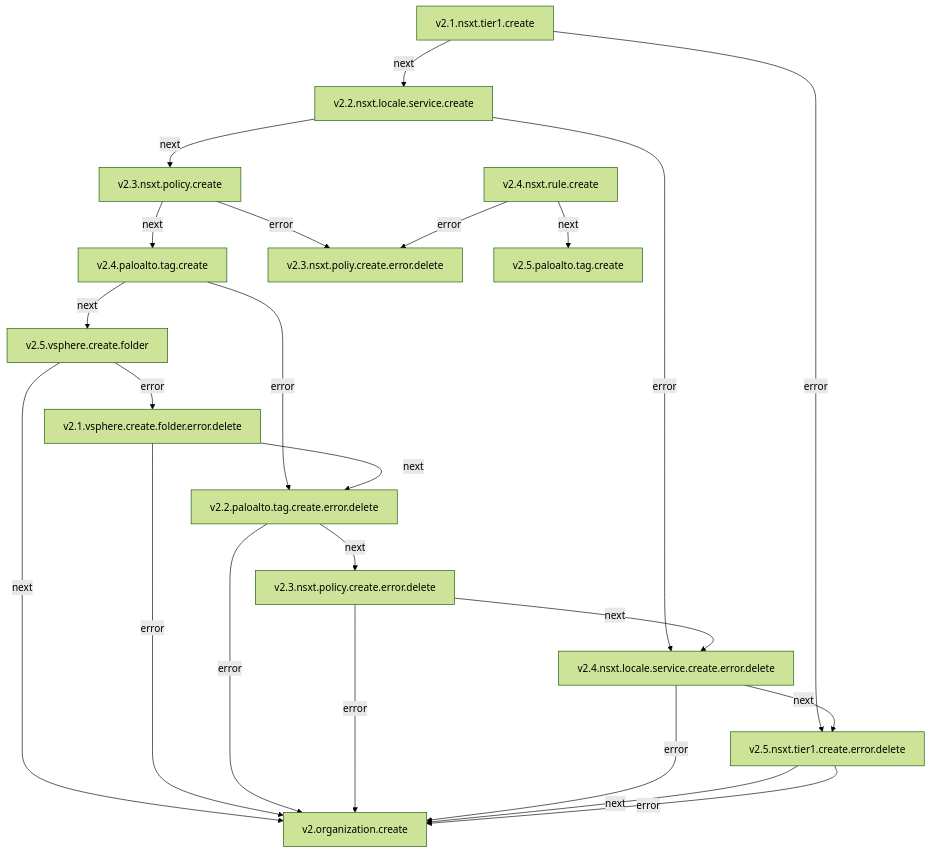
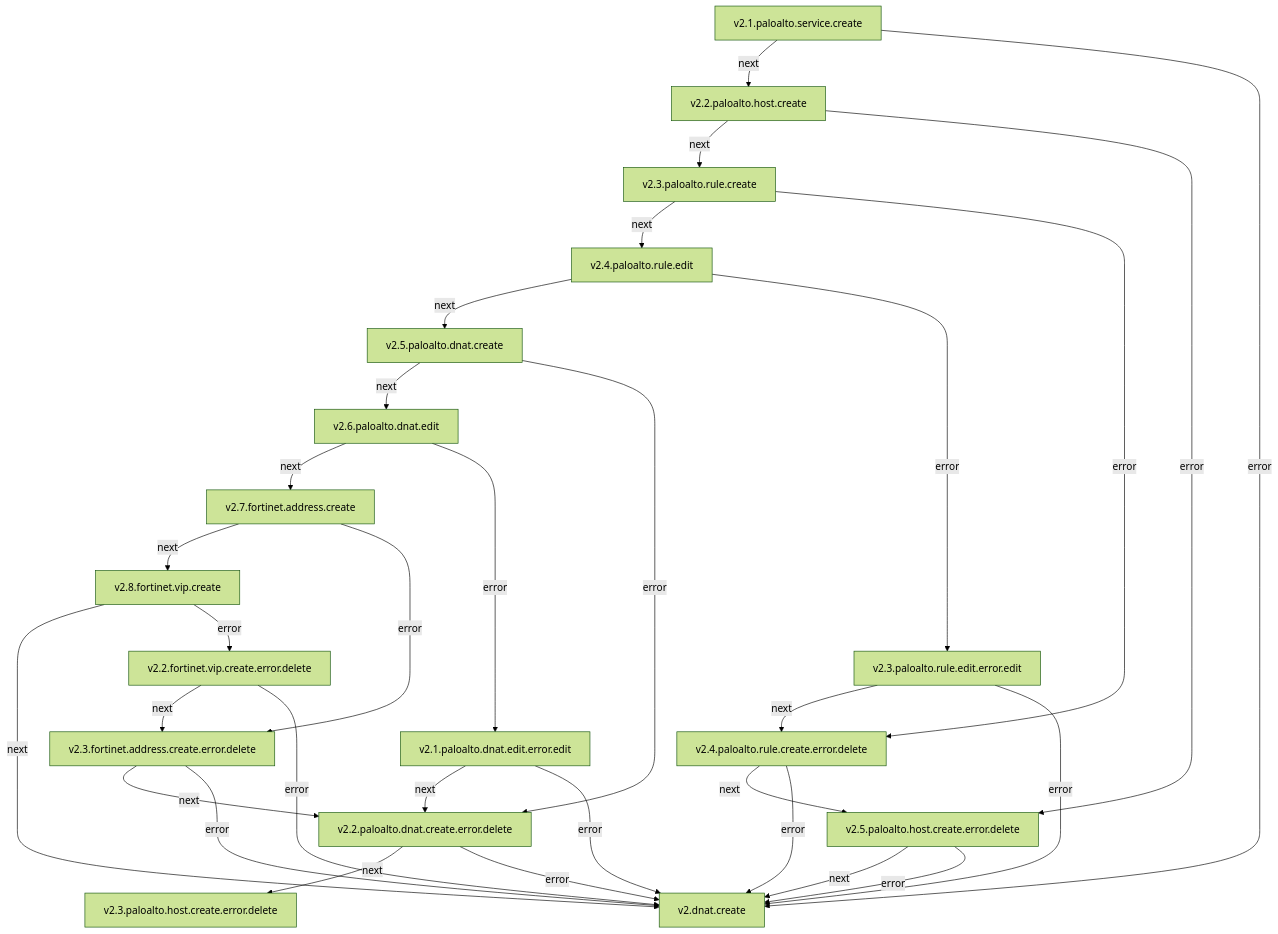
One commit to totvs-cloud/fortigate-fisico-iaas changed the first of 3 diagrams in DNAT.md. Above: the diagram before and after it, drawn with Mermaid (forest theme). The commit also changed other lines of this file and 1 other file, not shown here.

Commit message:
rename TAGs.md to DNAT.md and UNAT.md, updating documentation for DNAT and UNAT processes

````diff
--- a/DNAT.md
+++ b/DNAT.md
@@ -7,26 +7,33 @@
 ```mermaid
 flowchart TB
-  v2_1_nsxt_tier1_create["v2.1.nsxt.tier1.create"] -->|next| v2_2_nsxt_locale_service_create["v2.2.nsxt.locale.service.create"]
-  v2_1_nsxt_tier1_create["v2.1.nsxt.tier1.create"] -->|error| v2_5_nsxt_tier1_create_error_delete["v2.5.nsxt.tier1.create.error.delete"]
-  v2_2_nsxt_locale_service_create["v2.2.nsxt.locale.service.create"] -->|next| v2_3_nsxt_policy_create["v2.3.nsxt.policy.create"]
-  v2_2_nsxt_locale_service_create["v2.2.nsxt.locale.service.create"] -->|error| v2_4_nsxt_locale_service_create_error_delete["v2.4.nsxt.locale.service.create.error.delete"]
-  v2_3_nsxt_policy_create["v2.3.nsxt.policy.create"] -->|next| v2_4_paloalto_tag_create["v2.4.paloalto.tag.create"]
-  v2_3_nsxt_policy_create["v2.3.nsxt.policy.create"] -->|error| v2_3_nsxt_poliy_create_error_delete["v2.3.nsxt.poliy.create.error.delete"]
-  v2_4_nsxt_rule_create["v2.4.nsxt.rule.create"] -->|next| v2_5_paloalto_tag_create["v2.5.paloalto.tag.create"]
-  v2_4_nsxt_rule_create["v2.4.nsxt.rule.create"] -->|error| v2_3_nsxt_poliy_create_error_delete["v2.3.nsxt.poliy.create.error.delete"]
-  v2_4_paloalto_tag_create["v2.4.paloalto.tag.create"] -->|next| v2_5_vsphere_create_folder["v2.5.vsphere.create.folder"]
-  v2_4_paloalto_tag_create["v2.4.paloalto.tag.create"] -->|error| v2_2_paloalto_tag_create_error_delete["v2.2.paloalto.tag.create.error.delete"]
-  v2_5_vsphere_create_folder["v2.5.vsphere.create.folder"] -->|next| v2_organization_create["v2.organization.create"]
-  v2_5_vsphere_create_folder["v2.5.vsphere.create.folder"] -->|error| v2_1_vsphere_create_folder_error_delete["v2.1.vsphere.create.folder.error.delete"]
-  v2_1_vsphere_create_folder_error_delete["v2.1.vsphere.create.folder.error.delete"] -->|next| v2_2_paloalto_tag_create_error_delete["v2.2.paloalto.tag.create.error.delete"]
-  v2_1_vsphere_create_folder_error_delete["v2.1.vsphere.create.folder.error.delete"] -->|error| v2_organization_create["v2.organization.create"]
-  v2_2_paloalto_tag_create_error_delete["v2.2.paloalto.tag.create.error.delete"] -->|next| v2_3_nsxt_policy_create_error_delete["v2.3.nsxt.policy.create.error.delete"]
-  v2_2_paloalto_tag_create_error_delete["v2.2.paloalto.tag.create.error.delete"] -->|error| v2_organization_create["v2.organization.create"]
-  v2_3_nsxt_policy_create_error_delete["v2.3.nsxt.policy.create.error.delete"] -->|next| v2_4_nsxt_locale_service_create_error_delete["v2.4.nsxt.locale.service.create.error.delete"]
-  v2_3_nsxt_policy_create_error_delete["v2.3.nsxt.policy.create.error.delete"] -->|error| v2_organization_create["v2.organization.create"]
-  v2_4_nsxt_locale_service_create_error_delete["v2.4.nsxt.locale.service.create.error.delete"] -->|next| v2_5_nsxt_tier1_create_error_delete["v2.5.nsxt.tier1.create.error.delete"]
-  v2_4_nsxt_locale_service_create_error_delete["v2.4.nsxt.locale.service.create.error.delete"] -->|error| v2_organization_create["v2.organization.create"]
-  v2_5_nsxt_tier1_create_error_delete["v2.5.nsxt.tier1.create.error.delete"] -->|next| v2_organization_create["v2.organization.create"]
-  v2_5_nsxt_tier1_create_error_delete["v2.5.nsxt.tier1.create.error.delete"] -->|error| v2_organization_create["v2.organization.create"]
-
+  v2_1_paloalto_service_create["v2.1.paloalto.service.create"] -->|next| v2_2_paloalto_host_create["v2.2.paloalto.host.create"]
+  v2_1_paloalto_service_create["v2.1.paloalto.service.create"] -->|error| v2_dnat_create["v2.dnat.create"]
+  v2_2_paloalto_host_create["v2.2.paloalto.host.create"] -->|next| v2_3_paloalto_rule_create["v2.3.paloalto.rule.create"]
+  v2_2_paloalto_host_create["v2.2.paloalto.host.create"] -->|error| v2_5_paloalto_host_create_error_delete["v2.5.paloalto.host.create.error.delete"]
+  v2_3_paloalto_rule_create["v2.3.paloalto.rule.create"] -->|next| v2_4_paloalto_rule_edit["v2.4.paloalto.rule.edit"]
+  v2_3_paloalto_rule_create["v2.3.paloalto.rule.create"] -->|error| v2_4_paloalto_rule_create_error_delete["v2.4.paloalto.rule.create.error.delete"]
+  v2_4_paloalto_rule_edit["v2.4.paloalto.rule.edit"] -->|next| v2_5_paloalto_dnat_create["v2.5.paloalto.dnat.create"]
+  v2_4_paloalto_rule_edit["v2.4.paloalto.rule.edit"] -->|error| v2_3_paloalto_rule_edit_error_edit["v2.3.paloalto.rule.edit.error.edit"]
+  v2_5_paloalto_dnat_create["v2.5.paloalto.dnat.create"] -->|next| v2_6_paloalto_dnat_edit["v2.6.paloalto.dnat.edit"]
+  v2_5_paloalto_dnat_create["v2.5.paloalto.dnat.create"] -->|error| v2_2_paloalto_dnat_create_error_delete["v2.2.paloalto.dnat.create.error.delete"]
+  v2_6_paloalto_dnat_edit["v2.6.paloalto.dnat.edit"] -->|next| v2_7_fortinet_address_create["v2.7.fortinet.address.create"]
+  v2_6_paloalto_dnat_edit["v2.6.paloalto.dnat.edit"] -->|error| v2_1_paloalto_dnat_edit_error_edit["v2.1.paloalto.dnat.edit.error.edit"]
+  v2_7_fortinet_address_create["v2.7.fortinet.address.create"] -->|next| v2_8_fortinet_vip_create["v2.8.fortinet.vip.create"]
+  v2_7_fortinet_address_create["v2.7.fortinet.address.create"] -->|error| v2_3_fortinet_address_create_error_delete["v2.3.fortinet.address.create.error.delete"]
+  v2_8_fortinet_vip_create["v2.8.fortinet.vip.create"] -->|next| v2_dnat_create["v2.dnat.create"]
+  v2_8_fortinet_vip_create["v2.8.fortinet.vip.create"] -->|error| v2_2_fortinet_vip_create_error_delete["v2.2.fortinet.vip.create.error.delete"]
+  v2_1_paloalto_dnat_edit_error_edit["v2.1.paloalto.dnat.edit.error.edit"] -->|next| v2_2_paloalto_dnat_create_error_delete["v2.2.paloalto.dnat.create.error.delete"]
+  v2_1_paloalto_dnat_edit_error_edit["v2.1.paloalto.dnat.edit.error.edit"] -->|error| v2_dnat_create["v2.dnat.create"]
+  v2_2_fortinet_vip_create_error_delete["v2.2.fortinet.vip.create.error.delete"] -->|next| v2_3_fortinet_address_create_error_delete["v2.3.fortinet.address.create.error.delete"]
+  v2_2_fortinet_vip_create_error_delete["v2.2.fortinet.vip.create.error.delete"] -->|error| v2_dnat_create["v2.dnat.create"]
+  v2_2_paloalto_dnat_create_error_delete["v2.2.paloalto.dnat.create.error.delete"] -->|next| v2_3_paloalto_host_create_error_delete["v2.3.paloalto.host.create.error.delete"]
+  v2_2_paloalto_dnat_create_error_delete["v2.2.paloalto.dnat.create.error.delete"] -->|error| v2_dnat_create["v2.dnat.create"]
+  v2_3_fortinet_address_create_error_delete["v2.3.fortinet.address.create.error.delete"] -->|next| v2_2_paloalto_dnat_create_error_delete["v2.2.paloalto.dnat.create.error.delete"]
+  v2_3_fortinet_address_create_error_delete["v2.3.fortinet.address.create.error.delete"] -->|error| v2_dnat_create["v2.dnat.create"]
+  v2_3_paloalto_rule_edit_error_edit["v2.3.paloalto.rule.edit.error.edit"] -->|next| v2_4_paloalto_rule_create_error_delete["v2.4.paloalto.rule.create.error.delete"]
+  v2_3_paloalto_rule_edit_error_edit["v2.3.paloalto.rule.edit.error.edit"] -->|error| v2_dnat_create["v2.dnat.create"]
+  v2_4_paloalto_rule_create_error_delete["v2.4.paloalto.rule.create.error.delete"] -->|next| v2_5_paloalto_host_create_error_delete["v2.5.paloalto.host.create.error.delete"]
+  v2_4_paloalto_rule_create_error_delete["v2.4.paloalto.rule.create.error.delete"] -->|error| v2_dnat_create["v2.dnat.create"]
+  v2_5_paloalto_host_create_error_delete["v2.5.paloalto.host.create.error.delete"] -->|next| v2_dnat_create["v2.dnat.create"]
+  v2_5_paloalto_host_create_error_delete["v2.5.paloalto.host.create.error.delete"] -->|error| v2_dnat_create["v2.dnat.create"]
 ```
````
